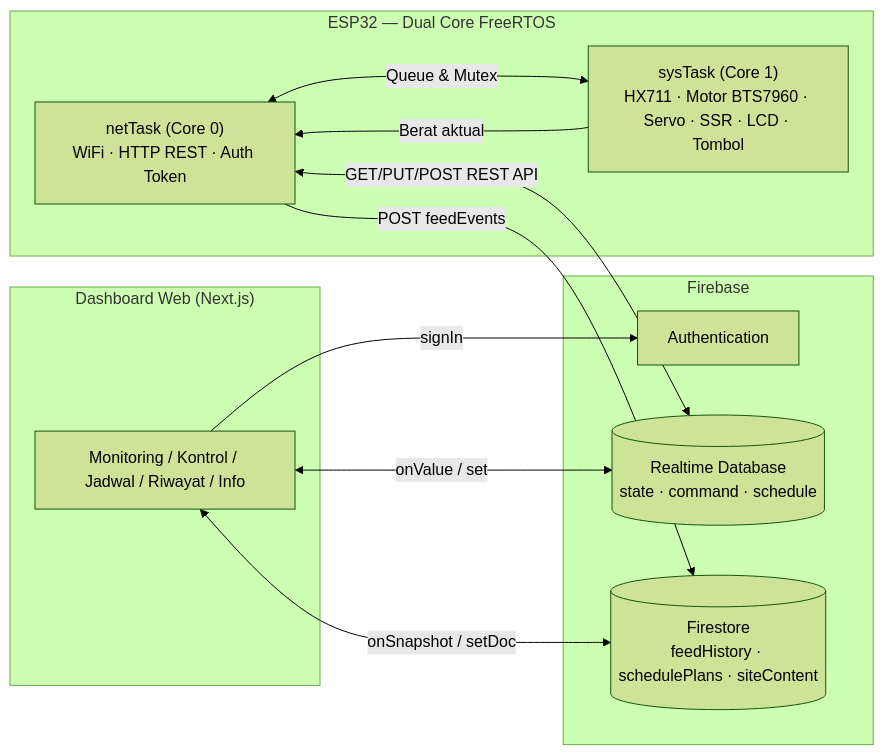
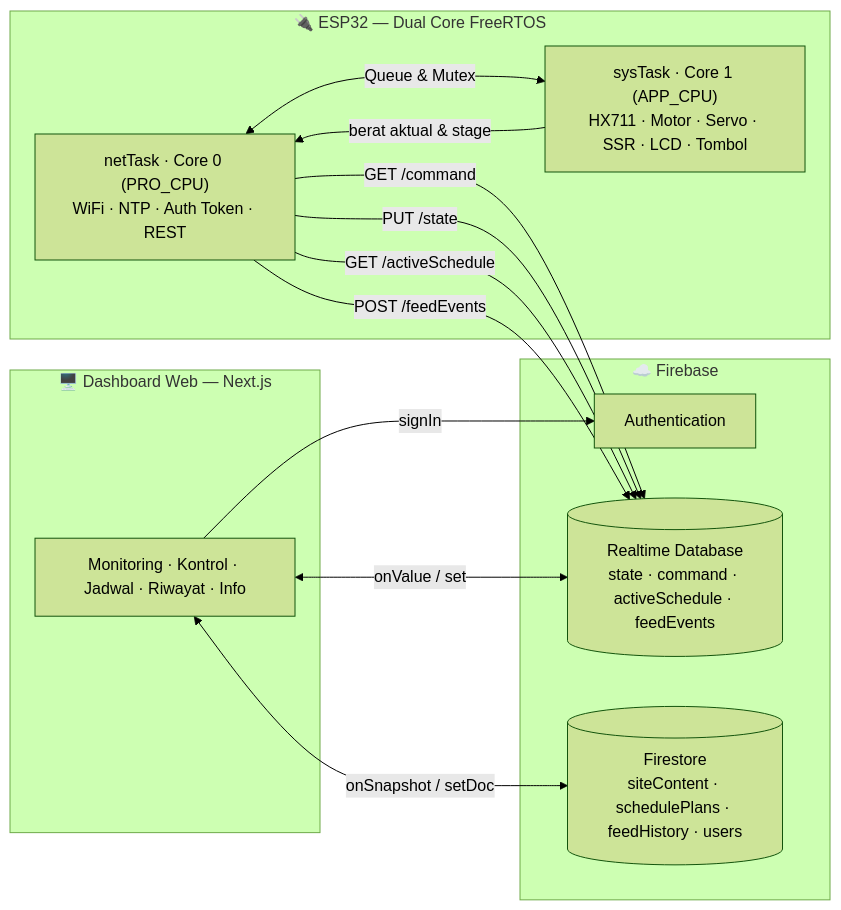
The diagram in README.md (Keyzoo0/ShrimpFeeder), drawn with Mermaid (forest theme) before and after one commit. The commit also changed other lines of this file, not shown here.

First line of the commit message:
docs: lengkapi README - abstrak, tujuan, state machine, skema 4 siklus, struktur data, BOM, info mahasiswa

````diff
--- a/README.md
+++ b/README.md
@@ -58,25 +103,27 @@
 ```mermaid
 flowchart LR
-    subgraph Web["Dashboard Web (Next.js)"]
-        UI[Monitoring / Kontrol / Jadwal / Riwayat / Info]
+    subgraph Web["🖥️ Dashboard Web — Next.js"]
+        UI[Monitoring · Kontrol · Jadwal · Riwayat · Info]
     end
 
-    subgraph FB["Firebase"]
+    subgraph FB["☁️ Firebase"]
         AUTH[Authentication]
-        RTDB[(Realtime Database\nstate · command · schedule)]
-        FS[(Firestore\nfeedHistory · schedulePlans · siteContent)]
+        RTDB[("Realtime Database<br/>state · command · activeSchedule · feedEvents")]
+        FS[("Firestore<br/>siteContent · schedulePlans · feedHistory · users")]
     end
 
-    subgraph Device["ESP32 — Dual Core FreeRTOS"]
-        NET["netTask (Core 0)\nWiFi · HTTP REST · Auth Token"]
-        SYS["sysTask (Core 1)\nHX711 · Motor BTS7960 · Servo · SSR · LCD · Tombol"]
+    subgraph Device["🔌 ESP32 — Dual Core FreeRTOS"]
+        NET["netTask · Core 0 (PRO_CPU)<br/>WiFi · NTP · Auth Token · REST"]
+        SYS["sysTask · Core 1 (APP_CPU)<br/>HX711 · Motor · Servo · SSR · LCD · Tombol"]
         NET <-->|Queue & Mutex| SYS
     end
 
     UI <-->|onValue / set| RTDB
     UI <-->|onSnapshot / setDoc| FS
     UI -->|signIn| AUTH
-    NET <-->|GET/PUT/POST REST API| RTDB
-    NET -->|POST feedEvents| FS
-    SYS -->|Berat aktual| NET
+    NET -->|GET /command| RTDB
+    NET -->|PUT /state| RTDB
+    NET -->|GET /activeSchedule| RTDB
+    NET -->|POST /feedEvents| RTDB
+    SYS -->|berat aktual & stage| NET
 ```
````
